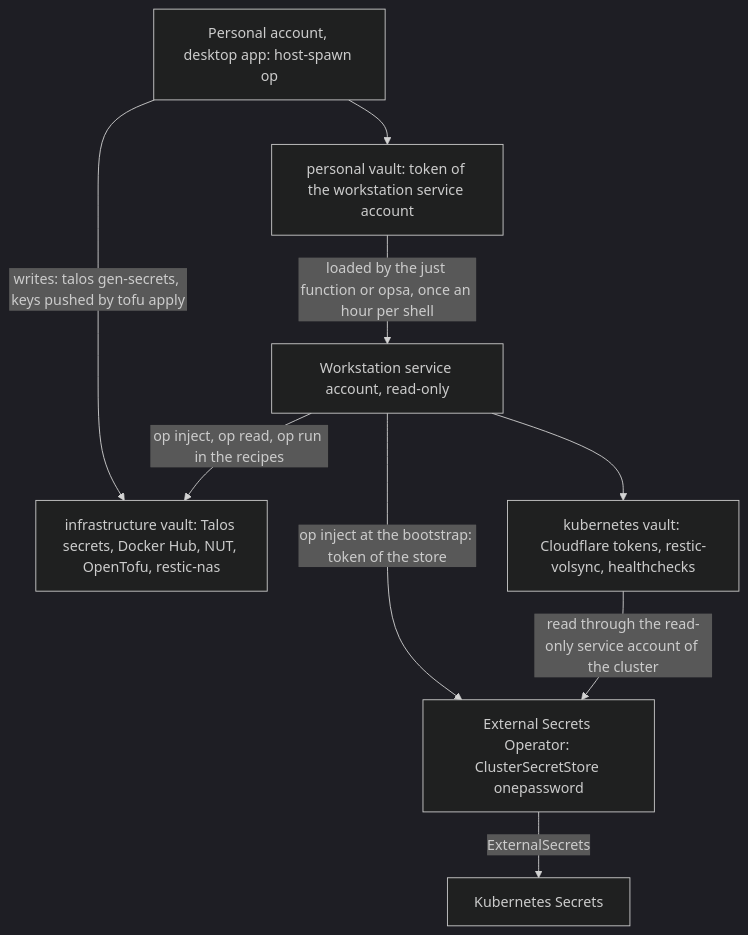
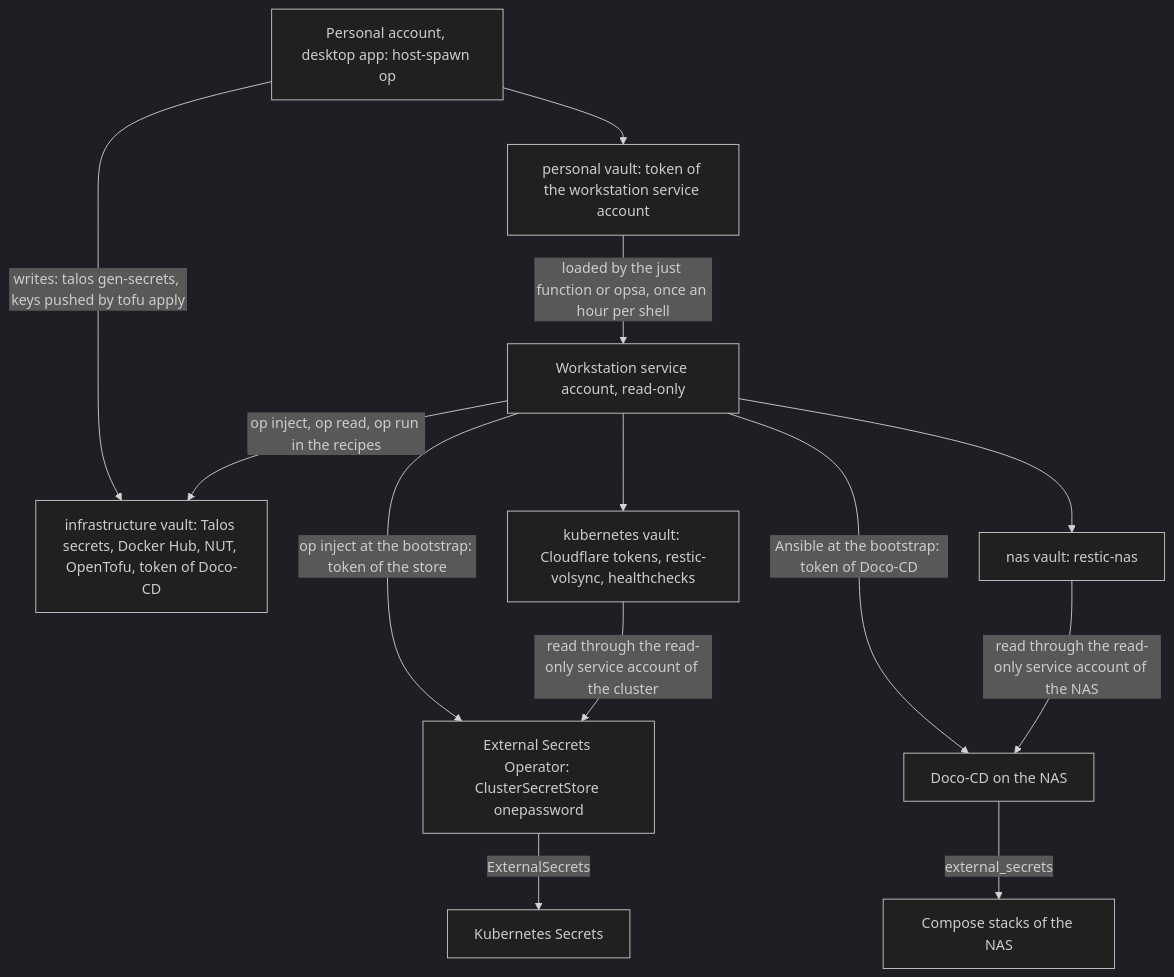
Before and after one commit to shellt0pia/infrastructure: the diagram in docs/secrets/README.md, drawn with Mermaid (dark theme). The commit also changed other lines of this file and 15 other files, not shown here.

Commit message:
Add NAS architecture and operations documentation

````diff
--- a/docs/secrets/README.md
+++ b/docs/secrets/README.md
@@ -24,11 +25,15 @@
 ```mermaid
 flowchart TD
     PA["Personal account, desktop app: host-spawn op"] -->|"writes: talos gen-secrets, keys pushed by tofu apply"| INFRA
     PA --> PERSONAL["personal vault: token of the workstation service account"]
     PERSONAL -->|"loaded by the just function or opsa, once an hour per shell"| WS["Workstation service account, read-only"]
-    WS -->|"op inject, op read, op run in the recipes"| INFRA["infrastructure vault: Talos secrets, Docker Hub, NUT, OpenTofu, restic-nas"]
+    WS -->|"op inject, op read, op run in the recipes"| INFRA["infrastructure vault: Talos secrets, Docker Hub, NUT, OpenTofu, token of Doco-CD"]
     WS --> KUBE["kubernetes vault: Cloudflare tokens, restic-volsync, healthchecks"]
+    WS --> NASV["nas vault: restic-nas"]
+    WS -->|"Ansible at the bootstrap: token of Doco-CD"| DOCO["Doco-CD on the NAS"]
+    NASV -->|"read through the read-only service account of the NAS"| DOCO
+    DOCO -->|"external_secrets"| STACKS["Compose stacks of the NAS"]
     WS -->|"op inject at the bootstrap: token of the store"| ESO["External Secrets Operator: ClusterSecretStore onepassword"]
     KUBE -->|"read through the read-only service account of the cluster"| ESO
     ESO -->|"ExternalSecrets"| SECRETS["Kubernetes Secrets"]
 ```
````
